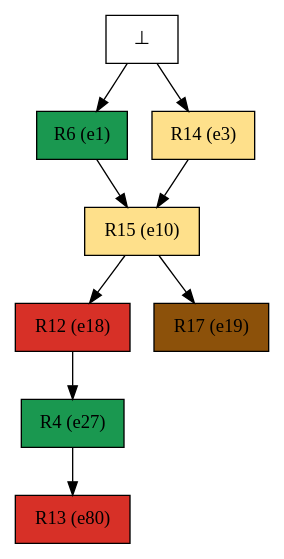
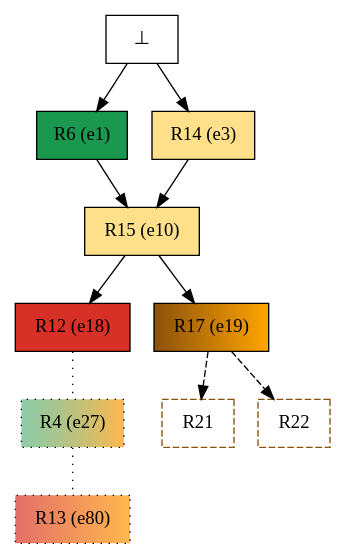
Before and after one commit to giannkas/ecofolder: the diagram in examples/oursin_tasmanie/mrk_instances/alg2urc/mindoo_confs/25_mindoo_conf_colored.dot, drawn with Graphviz. The commit also changed 58 other files, not shown here.

```diff
--- a/examples/oursin_tasmanie/mrk_instances/alg2urc/mindoo_confs/25_mindoo_conf_colored.dot
+++ b/examples/oursin_tasmanie/mrk_instances/alg2urc/mindoo_confs/25_mindoo_conf_colored.dot
@@ -1,18 +1,22 @@
 digraph test {
   e1 -> e10;
   e3 -> e10;
   e10 -> e18;
   e10 -> e19;
-  e18 -> e27;
-  e27 -> e80;
+  e18 -> e27 [arrowhead=none style=dotted];
+  e27 -> e80 [arrowhead=none style=dotted];
+  e19 -> r21 [color="black" style=dashed];
+  e19 -> r22 [color="black" style=dashed];
   e0 -> e1;
   e0 -> e3;
   e1 [color="black" fillcolor="#1a9850:#1a9850" label="R6 (e1)" shape=box style=filled];
   e3 [color="black" fillcolor="#fee08b:#fee08b" label="R14 (e3)" shape=box style=filled];
   e10 [color="black" fillcolor="#fee08b:#fee08b" label="R15 (e10)" shape=box style=filled];
   e18 [color="black" fillcolor="#d73027:#d73027" label="R12 (e18)" shape=box style=filled];
-  e19 [color="black" fillcolor="#8c510a:#8c510a" label="R17 (e19)" shape=box style=filled];
-  e27 [color="black" fillcolor="#1a9850:#1a9850" label="R4 (e27)" shape=box style=filled];
-  e80 [color="black" fillcolor="#d73027:#d73027" label="R13 (e80)" shape=box style=filled];
+  e19 [color="black" fillcolor="#8c510a:orange" label="R17 (e19)" shape=box style=filled];
+  e27 [color="black" fillcolor="#1a98507f:#ff9900b1" label="R4 (e27)" shape=box style="filled,dotted"];
+  e80 [color="black" fillcolor="#d73027b1:#ff9900b1" label="R13 (e80)" shape=box style="filled,dotted"];
   e0 [fillcolor="white" label="⊥" shape=box style=filled];
+  r21 [fillcolor="transparent" color="#8c510a" label=R21 shape=box style=dashed];
+  r22 [fillcolor="transparent" color="#8c510a" label=R22 shape=box style=dashed];
 }
```
